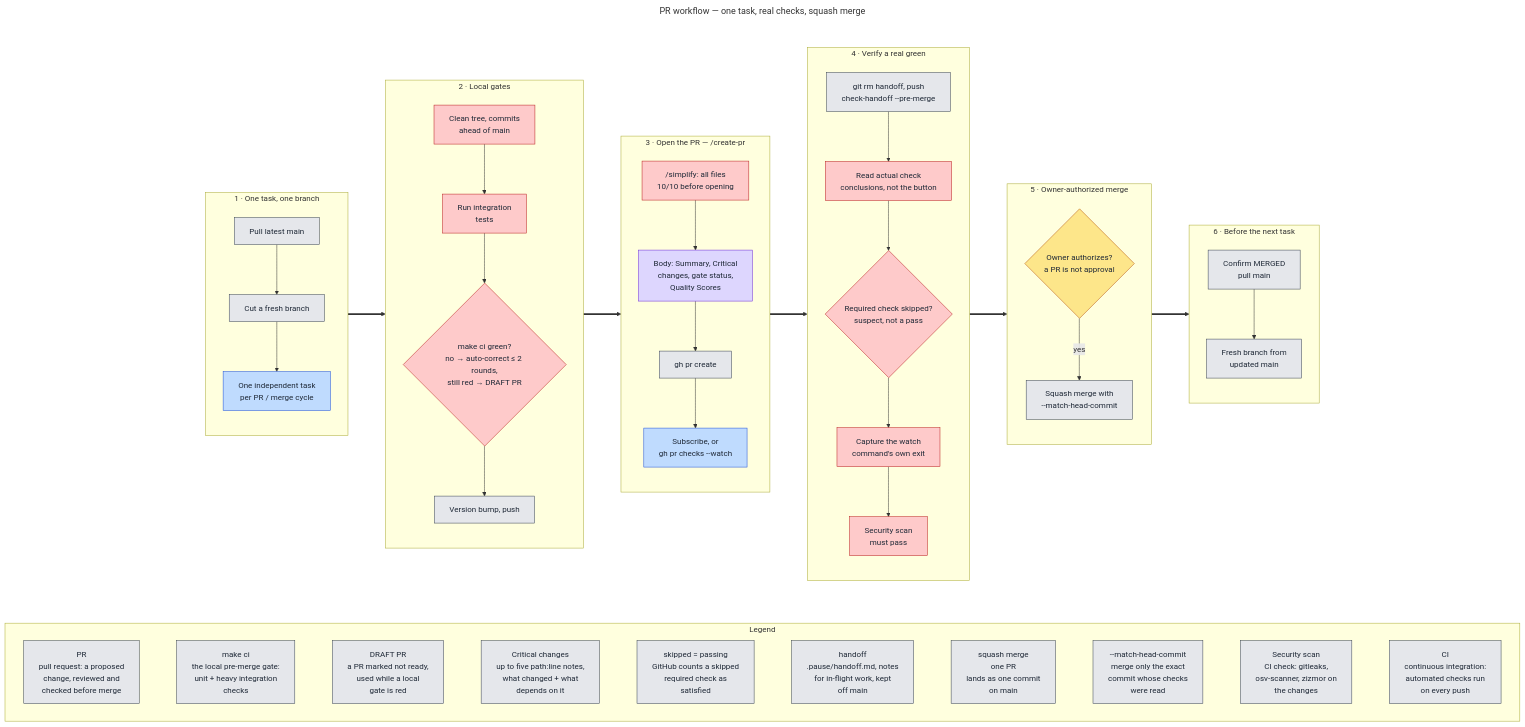
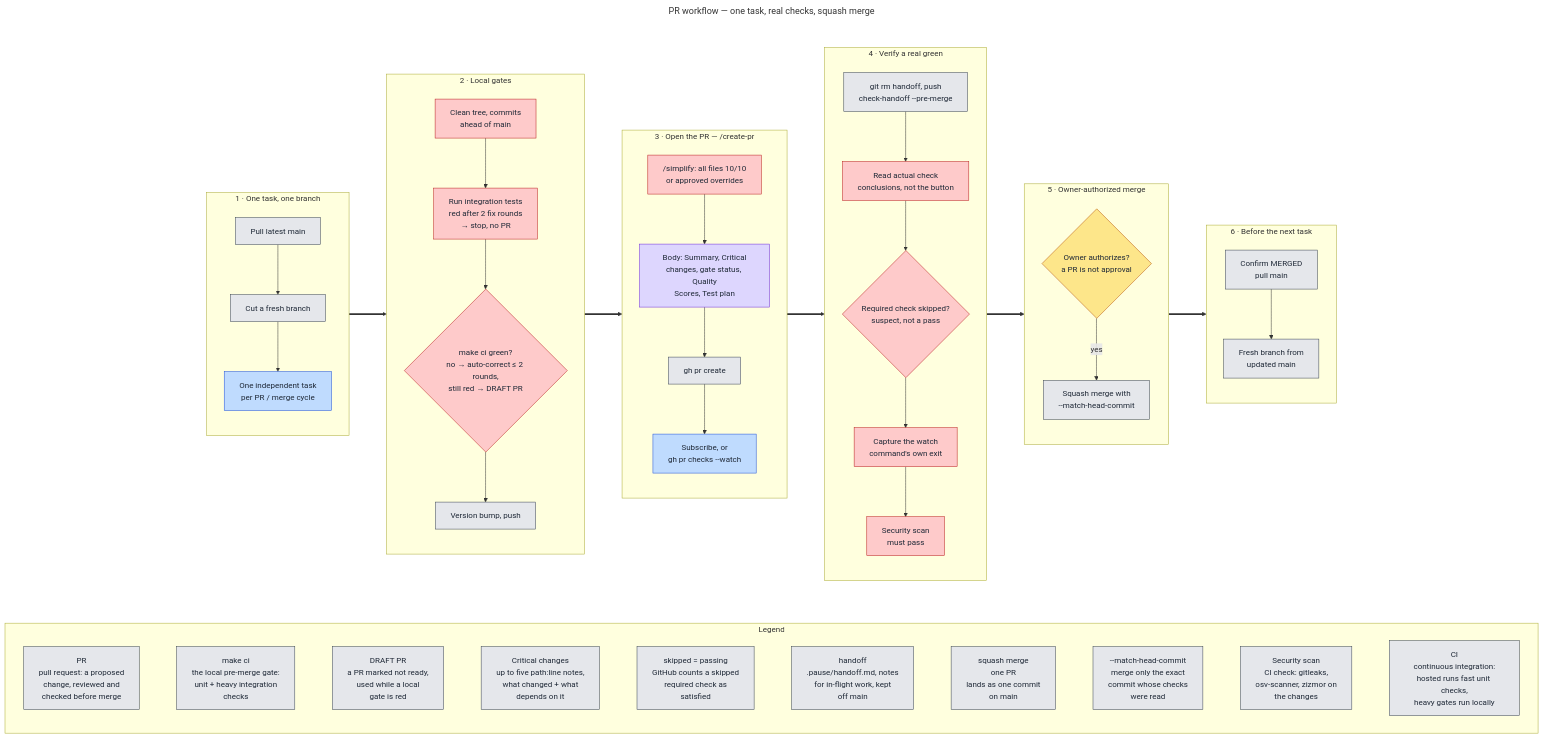
One commit to victusfate/scaffold changed the diagram in docs/diagrams/src/pr-workflow.mmd. Above: the diagram before and after it, drawn with Mermaid. The commit also changed 5 other files, not shown here.

Commit message:
docs(diagrams): correct orchestration, pr-workflow, queue-lifecycle against their sources

```diff
--- a/docs/diagrams/src/pr-workflow.mmd
+++ b/docs/diagrams/src/pr-workflow.mmd
@@ -1,87 +1,87 @@
 ---
 title: PR workflow — one task, real checks, squash merge
 ---
 flowchart TB
   classDef owner fill:#fde68a,stroke:#b45309,color:#1f2937
   classDef orch fill:#bfdbfe,stroke:#1d4ed8,color:#1f2937
   classDef state fill:#ddd6fe,stroke:#6d28d9,color:#1f2937
   classDef lane fill:#bbf7d0,stroke:#15803d,color:#1f2937
   classDef git fill:#e5e7eb,stroke:#374151,color:#1f2937
   classDef gate fill:#fecaca,stroke:#b91c1c,color:#1f2937
 
   %% Edges run between stage subgraphs (not inner nodes) so each stage keeps
   %% its own top-to-bottom direction and the whole image stays landscape.
 
   subgraph FLOW[" "]
   direction LR
 
   subgraph BRANCH["1 · One task, one branch"]
     direction TB
     B1["Pull latest main"]:::git
     B2["Cut a fresh branch"]:::git
     B3["One independent task<br/>per PR / merge cycle"]:::orch
     B1 --> B2 --> B3
   end
 
   subgraph LOCAL["2 · Local gates"]
     direction TB
     G1["Clean tree, commits<br/>ahead of main"]:::gate
-    G2["Run integration<br/>tests"]:::gate
+    G2["Run integration tests<br/>red after 2 fix rounds<br/>→ stop, no PR"]:::gate
     G3{"make ci green?<br/>no → auto-correct ≤ 2 rounds,<br/>still red → DRAFT PR"}:::gate
     G4["Version bump, push"]:::git
     G1 --> G2 --> G3 --> G4
   end
 
   subgraph OPEN["3 · Open the PR — /create-pr"]
     direction TB
-    O1["/simplify: all files<br/>10/10 before opening"]:::gate
-    O2["Body: Summary, Critical<br/>changes, gate status,<br/>Quality Scores"]:::state
+    O1["/simplify: all files 10/10<br/>or approved overrides"]:::gate
+    O2["Body: Summary, Critical<br/>changes, gate status, Quality<br/>Scores, Test plan"]:::state
     O3["gh pr create"]:::git
     O4["Subscribe, or<br/>gh pr checks --watch"]:::orch
     O1 --> O2 --> O3 --> O4
   end
 
   subgraph CHECKS["4 · Verify a real green"]
     direction TB
     M1["git rm handoff, push<br/>check-handoff --pre-merge"]:::git
     C1["Read actual check<br/>conclusions, not the button"]:::gate
     C2{"Required check skipped?<br/>suspect, not a pass"}:::gate
     C3["Capture the watch<br/>command's own exit"]:::gate
     C4["Security scan<br/>must pass"]:::gate
     M1 --> C1 --> C2 --> C3 --> C4
   end
 
   subgraph MERGE["5 · Owner-authorized merge"]
     direction TB
     M2{"Owner authorizes?<br/>a PR is not approval"}:::owner
     M3["Squash merge with<br/>--match-head-commit"]:::git
     M2 -->|yes| M3
   end
 
   subgraph NEXT["6 · Before the next task"]
     direction TB
     N1["Confirm MERGED<br/>pull main"]:::git
     N2["Fresh branch from<br/>updated main"]:::git
     N1 --> N2
   end
 
   BRANCH ==> LOCAL ==> OPEN ==> CHECKS ==> MERGE ==> NEXT
   end
   style FLOW fill:none,stroke:none
 
   subgraph LEGEND["Legend"]
     direction LR
     L1["PR<br/>pull request: a proposed<br/>change, reviewed and<br/>checked before merge"]:::git
     L2["make ci<br/>the local pre-merge gate:<br/>unit + heavy integration<br/>checks"]:::git
     L3["DRAFT PR<br/>a PR marked not ready,<br/>used while a local<br/>gate is red"]:::git
     L4["Critical changes<br/>up to five path:line notes,<br/>what changed + what<br/>depends on it"]:::git
     L5["skipped = passing<br/>GitHub counts a skipped<br/>required check as<br/>satisfied"]:::git
     L6["handoff<br/>.pause/handoff.md, notes<br/>for in-flight work, kept<br/>off main"]:::git
     L7["squash merge<br/>one PR<br/>lands as one commit<br/>on main"]:::git
     L8["--match-head-commit<br/>merge only the exact<br/>commit whose checks<br/>were read"]:::git
     L9["Security scan<br/>CI check: gitleaks,<br/>osv-scanner, zizmor on<br/>the changes"]:::git
-    L10["CI<br/>continuous integration:<br/>automated checks run<br/>on every push"]:::git
+    L10["CI<br/>continuous integration:<br/>hosted runs fast unit checks,<br/>heavy gates run locally"]:::git
     L1 ~~~ L2 ~~~ L3 ~~~ L4 ~~~ L5 ~~~ L6 ~~~ L7 ~~~ L8 ~~~ L9 ~~~ L10
   end
 
   FLOW ~~~ LEGEND
```
